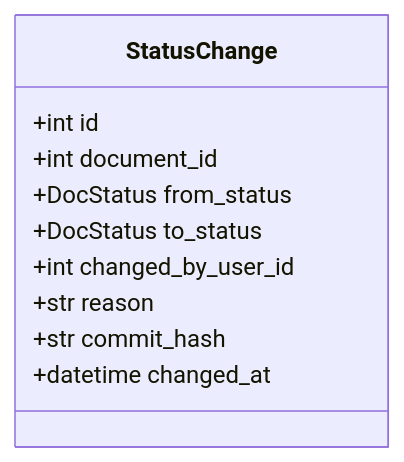
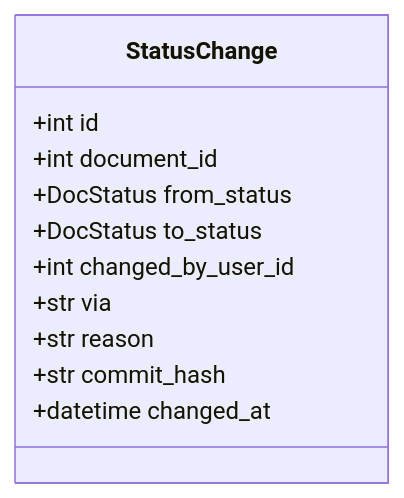
One commit to HoyoungParkme/syncdoc changed the sixth of 22 diagrams in docs/specs/06-DOM/SYNC-DOM-002.md. Above: the diagram before and after it, drawn with Mermaid. The commit also changed other lines of this file, not shown here.

First line of the commit message:
spec(SYNC-DOM-002): StatusChange.via · change_status·apply_status는 Author를 받는다 (카드 BE)

````diff
--- a/docs/specs/06-DOM/SYNC-DOM-002.md
+++ b/docs/specs/06-DOM/SYNC-DOM-002.md
@@ -287,13 +287,14 @@
 ```mermaid
 classDiagram
     class StatusChange {
         +int id
         +int document_id
         +DocStatus from_status
         +DocStatus to_status
         +int changed_by_user_id
+        +str via
         +str reason
         +str commit_hash
         +datetime changed_at
     }
 ```
````
